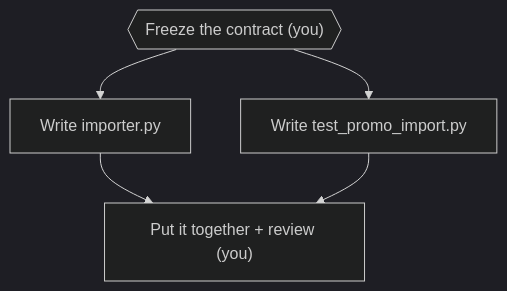
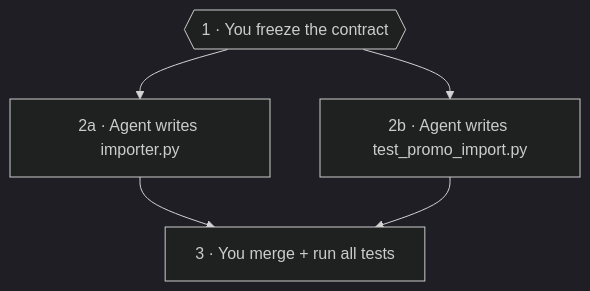
The diagram in student/module-1-decomposition.md (varoonsahgal/OC-stuff), drawn with Mermaid (dark theme) before and after one commit. The commit also changed other lines of this file and 3 other files, not shown here.

````diff
--- a/student/module-1-decomposition.md
+++ b/student/module-1-decomposition.md
@@ -49,7 +37,7 @@
 ```mermaid
 flowchart TD
-    C{{"Freeze the contract (you)"}} --> P["Write importer.py"]
-    C --> Q["Write test_promo_import.py"]
-    P --> I["Put it together + review (you)"]
+    C{{"1 · You freeze the contract"}} --> P["2a · Agent writes importer.py"]
+    C --> Q["2b · Agent writes test_promo_import.py"]
+    P --> I["3 · You merge + run all tests"]
     Q --> I
 ```
````
